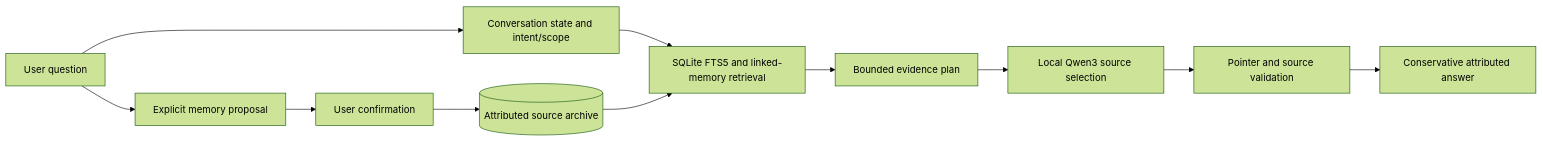
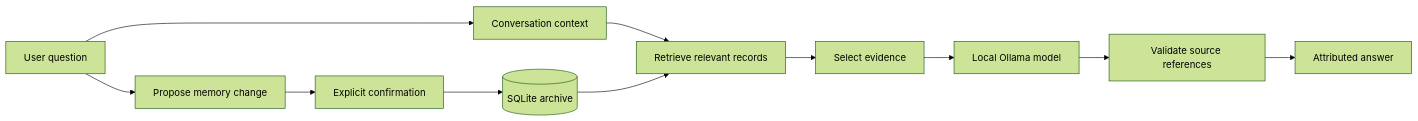
The diagram in README.md (blackbird-git/vera-memory-engine), drawn with Mermaid (forest theme) before and after one commit. The commit also changed other lines of this file and 17 other files, not shown here.

````diff
--- a/README.md
+++ b/README.md
@@ -14,13 +24,13 @@
-```mermaid
+~~~mermaid
 flowchart LR
-    U[User question] --> C[Conversation state and intent/scope]
-    C --> R[SQLite FTS5 and linked-memory retrieval]
-    D[(Attributed source archive)] --> R
-    R --> P[Bounded evidence plan]
-    P --> M[Local Qwen3 source selection]
-    M --> V[Pointer and source validation]
-    V --> A[Conservative attributed answer]
-    U --> W[Explicit memory proposal]
-    W --> Y[User confirmation]
+    U[User question] --> C[Conversation context]
+    C --> R[Retrieve relevant records]
+    D[(SQLite archive)] --> R
+    R --> P[Select evidence]
+    P --> M[Local Ollama model]
+    M --> V[Validate source references]
+    V --> A[Attributed answer]
+    U --> W[Propose memory change]
+    W --> Y[Explicit confirmation]
     Y --> D
-```
+~~~
````
